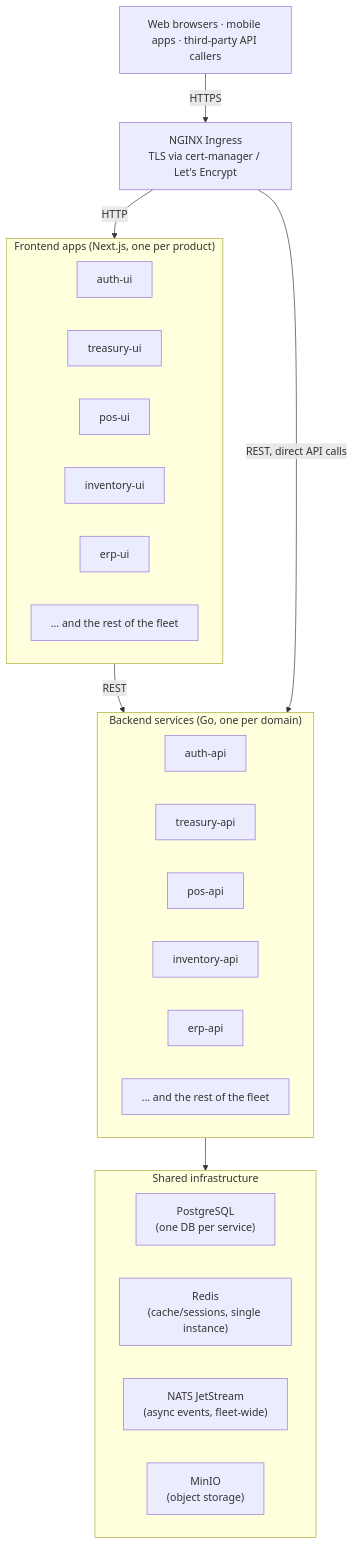
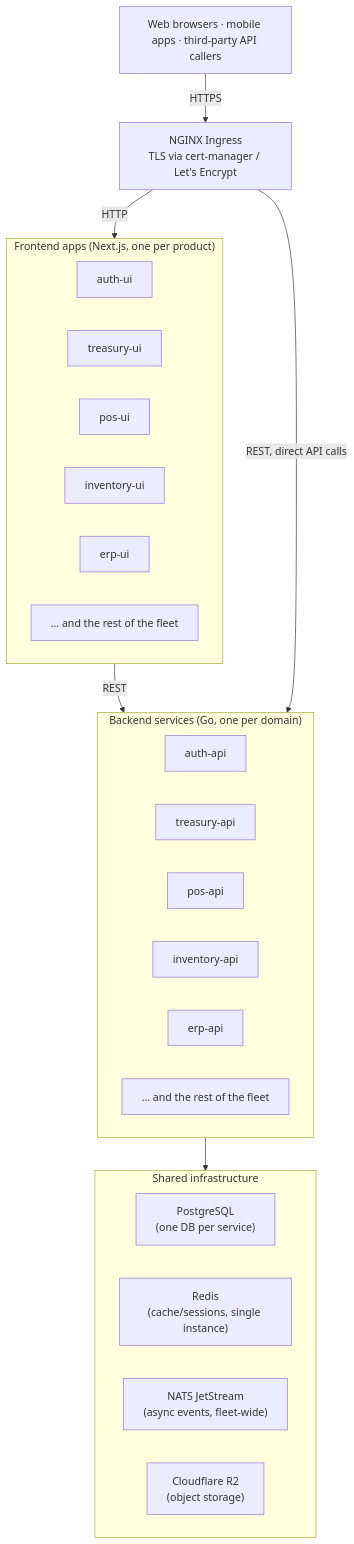
Before and after one commit to Bengo-Hub/shared-docs: the diagram in docs/architecture/microservice-architecture.md, drawn with Mermaid. The commit also changed other lines of this file, not shown here.

Commit message:
docs(architecture): object storage is Cloudflare R2, not MinIO

````diff
--- a/docs/architecture/microservice-architecture.md
+++ b/docs/architecture/microservice-architecture.md
@@ -1197,38 +1204,38 @@
 ```mermaid
 flowchart TB
     Users["Web browsers · mobile apps · third-party API callers"]
     Ingress["NGINX Ingress<br/>TLS via cert-manager / Let's Encrypt"]
     Users -->|HTTPS| Ingress
 
     subgraph Frontends["Frontend apps (Next.js, one per product)"]
         direction LR
         FE1["auth-ui"]
         FE2["treasury-ui"]
         FE3["pos-ui"]
         FE4["inventory-ui"]
         FE5["erp-ui"]
         FE6["… and the rest of the fleet"]
     end
     Ingress -->|HTTP| Frontends
 
     subgraph Backends["Backend services (Go, one per domain)"]
         direction LR
         BE1["auth-api"]
         BE2["treasury-api"]
         BE3["pos-api"]
         BE4["inventory-api"]
         BE5["erp-api"]
         BE6["… and the rest of the fleet"]
     end
     Frontends -->|REST| Backends
     Ingress -->|REST, direct API calls| Backends
 
     subgraph Infra["Shared infrastructure"]
         direction LR
         PG["PostgreSQL<br/>(one DB per service)"]
         Redis["Redis<br/>(cache/sessions, single instance)"]
         NATS["NATS JetStream<br/>(async events, fleet-wide)"]
-        MinIO["MinIO<br/>(object storage)"]
+        MinIO["Cloudflare R2<br/>(object storage)"]
     end
     Backends --> Infra
 ```
````
